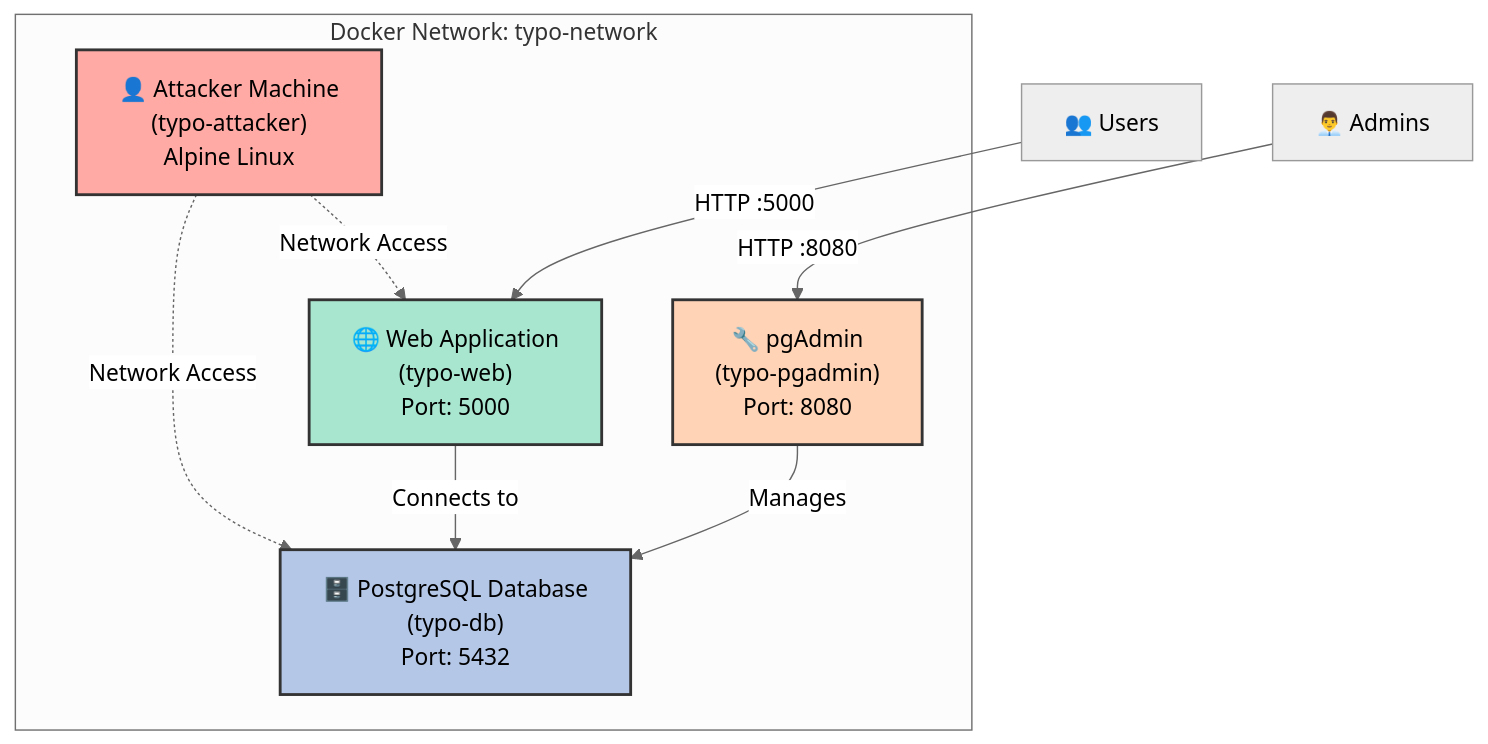
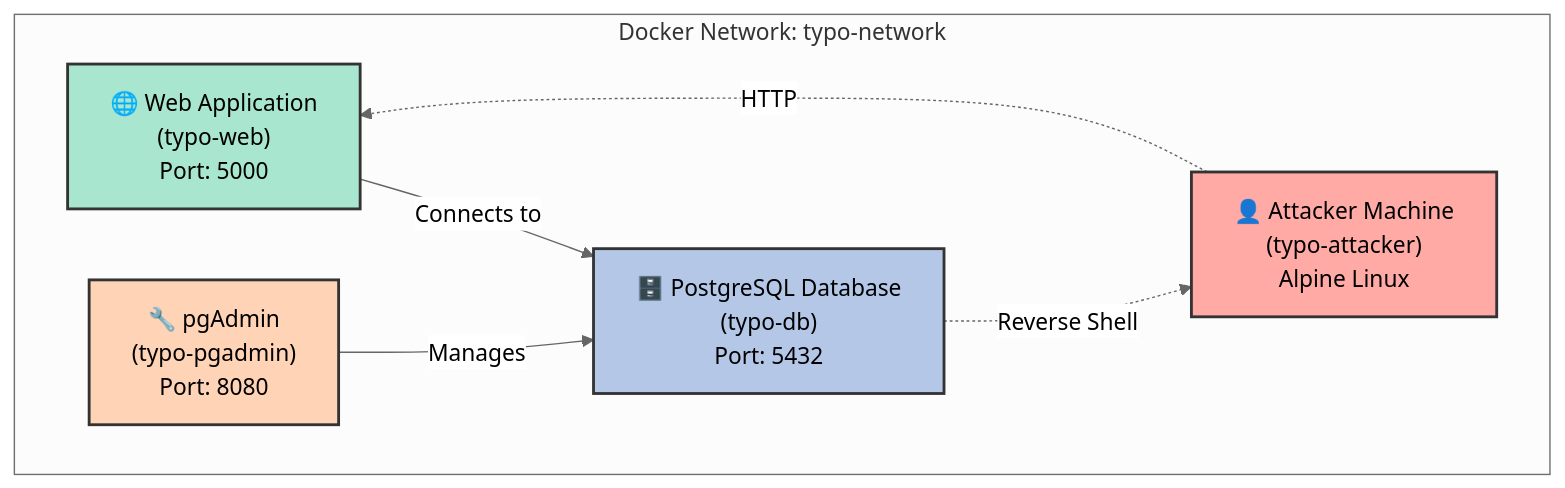
Before and after one commit to caseymullineaux/cybercrimeischildsplay: the diagram in README.md, drawn with Mermaid (neutral theme).

Commit message:
fix: update infrastructure diagram to correct network access paths

````diff
--- a/README.md
+++ b/README.md
@@ -51,22 +51,20 @@
 ```mermaid
 graph TB
     subgraph "Docker Network: typo-network"
         web["🌐 Web Application<br/>(typo-web)<br/>Port: 5000"]
         postgres["🗄️ PostgreSQL Database<br/>(typo-db)<br/>Port: 5432"]
         pgadmin["🔧 pgAdmin<br/>(typo-pgadmin)<br/>Port: 8080"]
         attacker["👤 Attacker Machine<br/>(typo-attacker)<br/>Alpine Linux"]
         
         web -->|"Connects to"| postgres
         pgadmin -->|"Manages"| postgres
-        attacker -.->|"Network Access"| web
-        attacker -.->|"Network Access"| postgres
+        attacker -.->|"HTTP"| web
+        postgres -.->|"Reverse Shell"| attacker 
     end
     
-    user["👥 Users"] -->|"HTTP :5000"| web
-    admin_user["👨‍💼 Admins"] -->|"HTTP :8080"| pgadmin
     
     style web fill:#A8E6CF,stroke:#333,stroke-width:2px
     style postgres fill:#B4C7E7,stroke:#333,stroke-width:2px
     style pgadmin fill:#FFD3B6,stroke:#333,stroke-width:2px
     style attacker fill:#FFAAA5,stroke:#333,stroke-width:2px
 ```
````
